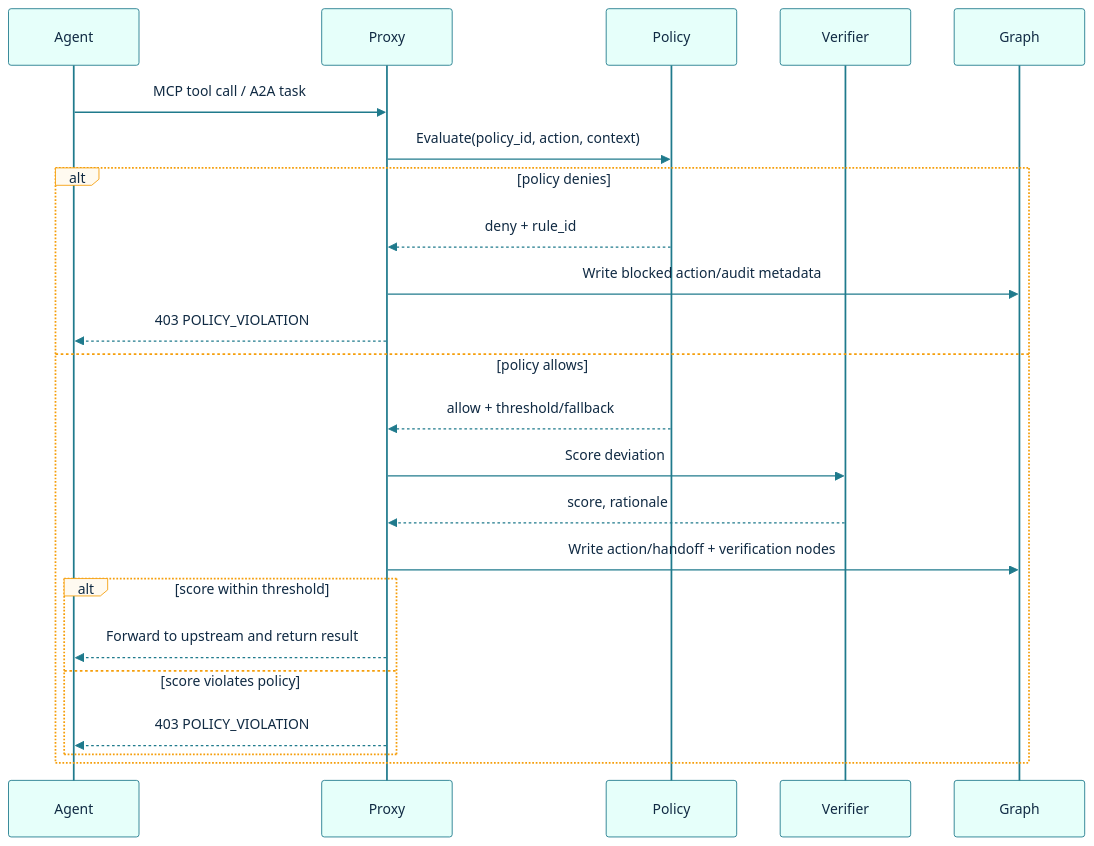
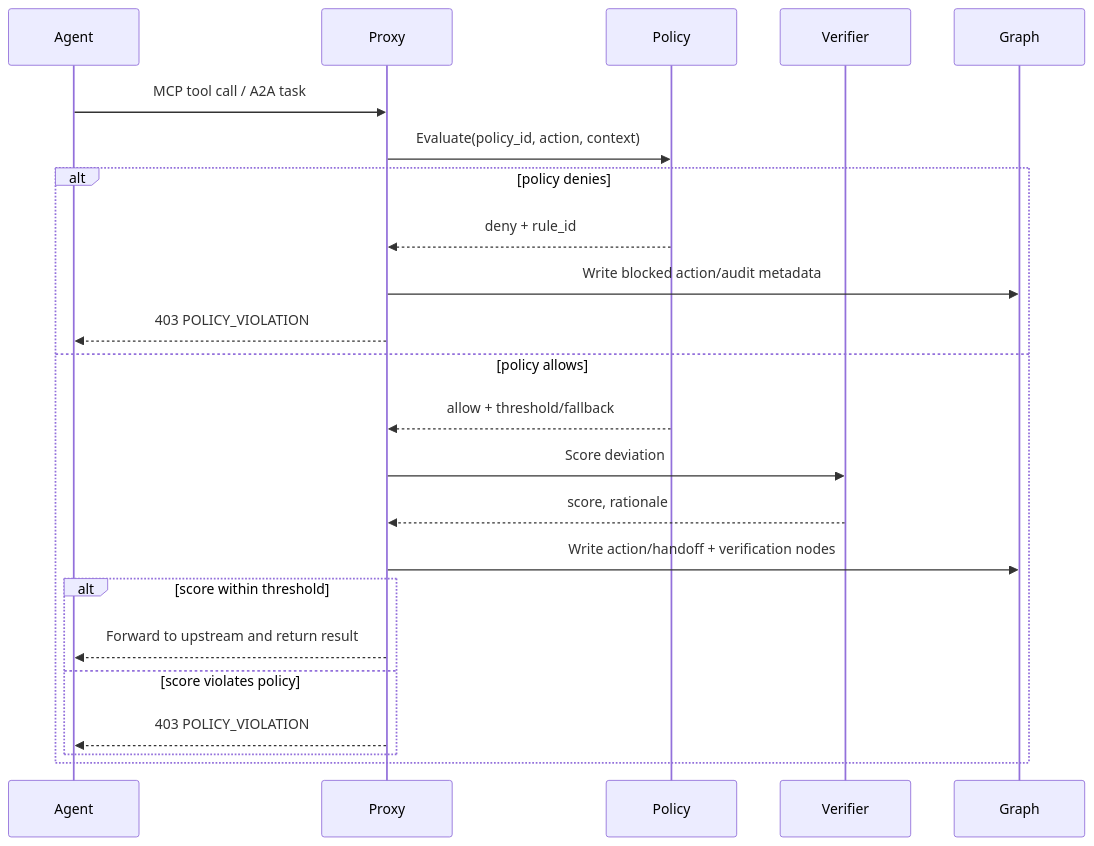
The second of 2 diagrams in README.md (yagna-1/astragraph), drawn with Mermaid before and after one commit.

Commit message:
docs: fix request-flow diagram label contrast

````diff
--- a/README.md
+++ b/README.md
@@ -52,39 +52,26 @@
 ```mermaid
-%%{init: {'theme':'base','themeVariables':{
-'primaryColor':'#f7fafc',
-'primaryTextColor':'#102a43',
-'primaryBorderColor':'#2d3748',
-'actorBorder':'#1f7a8c',
-'actorBkg':'#e6fffa',
-'actorTextColor':'#102a43',
-'signalColor':'#1f7a8c',
-'signalTextColor':'#102a43',
-'labelBoxBkgColor':'#fffaf0',
-'labelBoxBorderColor':'#f59e0b',
-'labelTextColor':'#102a43'
-}}}%%
 sequenceDiagram
     participant A as Agent
     participant P as Proxy
     participant S as Policy
     participant V as Verifier
     participant G as Graph
 
     A->>P: MCP tool call / A2A task
     P->>S: Evaluate(policy_id, action, context)
     alt policy denies
       S-->>P: deny + rule_id
       P->>G: Write blocked action/audit metadata
       P-->>A: 403 POLICY_VIOLATION
     else policy allows
       S-->>P: allow + threshold/fallback
       P->>V: Score deviation
       V-->>P: score, rationale
       P->>G: Write action/handoff + verification nodes
       alt score within threshold
         P-->>A: Forward to upstream and return result
       else score violates policy
         P-->>A: 403 POLICY_VIOLATION
       end
     end
 ```
````
